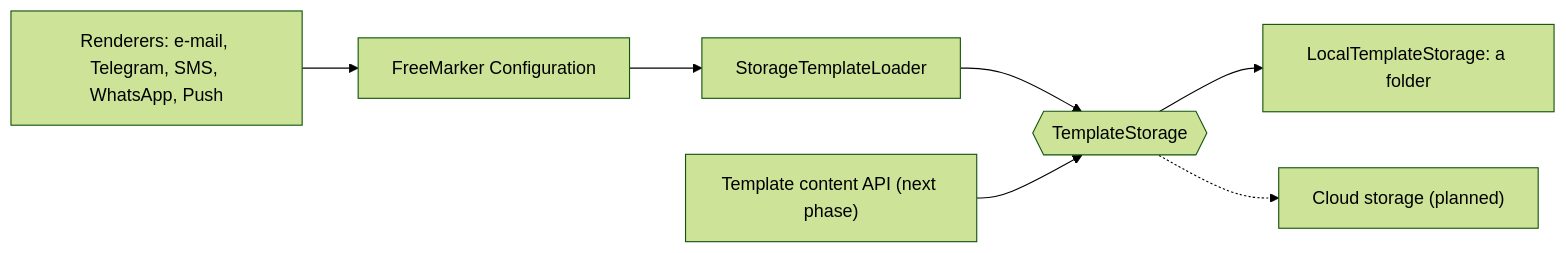
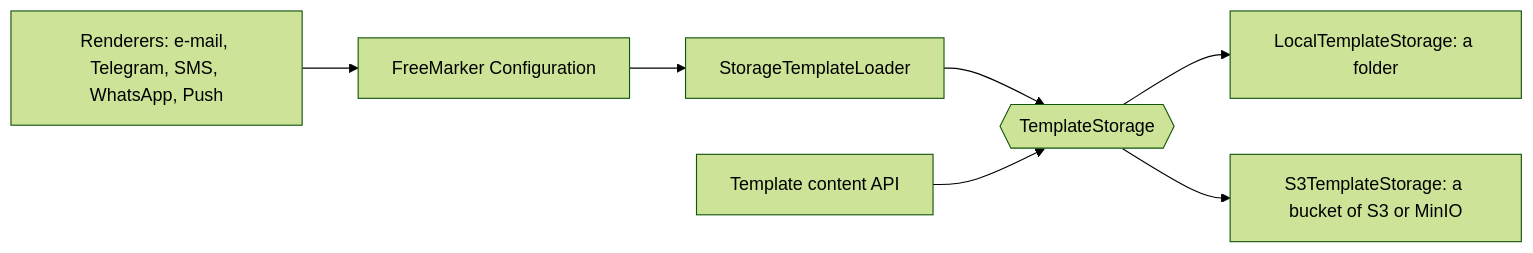
One commit to um-dev-creative/mercury changed the first of 2 diagrams in docs/architecture/template-storage.md. Above: the diagram before and after it, drawn with Mermaid (forest theme). The commit also changed other lines of this file and 12 other files, not shown here.

````diff
--- a/docs/architecture/template-storage.md
+++ b/docs/architecture/template-storage.md
@@ -5,9 +5,9 @@
 ```mermaid
 flowchart LR
     R["Renderers: e-mail, Telegram, SMS, WhatsApp, Push"] --> F["FreeMarker Configuration"]
     F --> L["StorageTemplateLoader"]
     L --> S{{"TemplateStorage"}}
-    A["Template content API (next phase)"] --> S
+    A["Template content API"] --> S
     S --> LS["LocalTemplateStorage: a folder"]
-    S -.-> CS["Cloud storage (planned)"]
+    S --> CS["S3TemplateStorage: a bucket of S3 or MinIO"]
 ```
````
